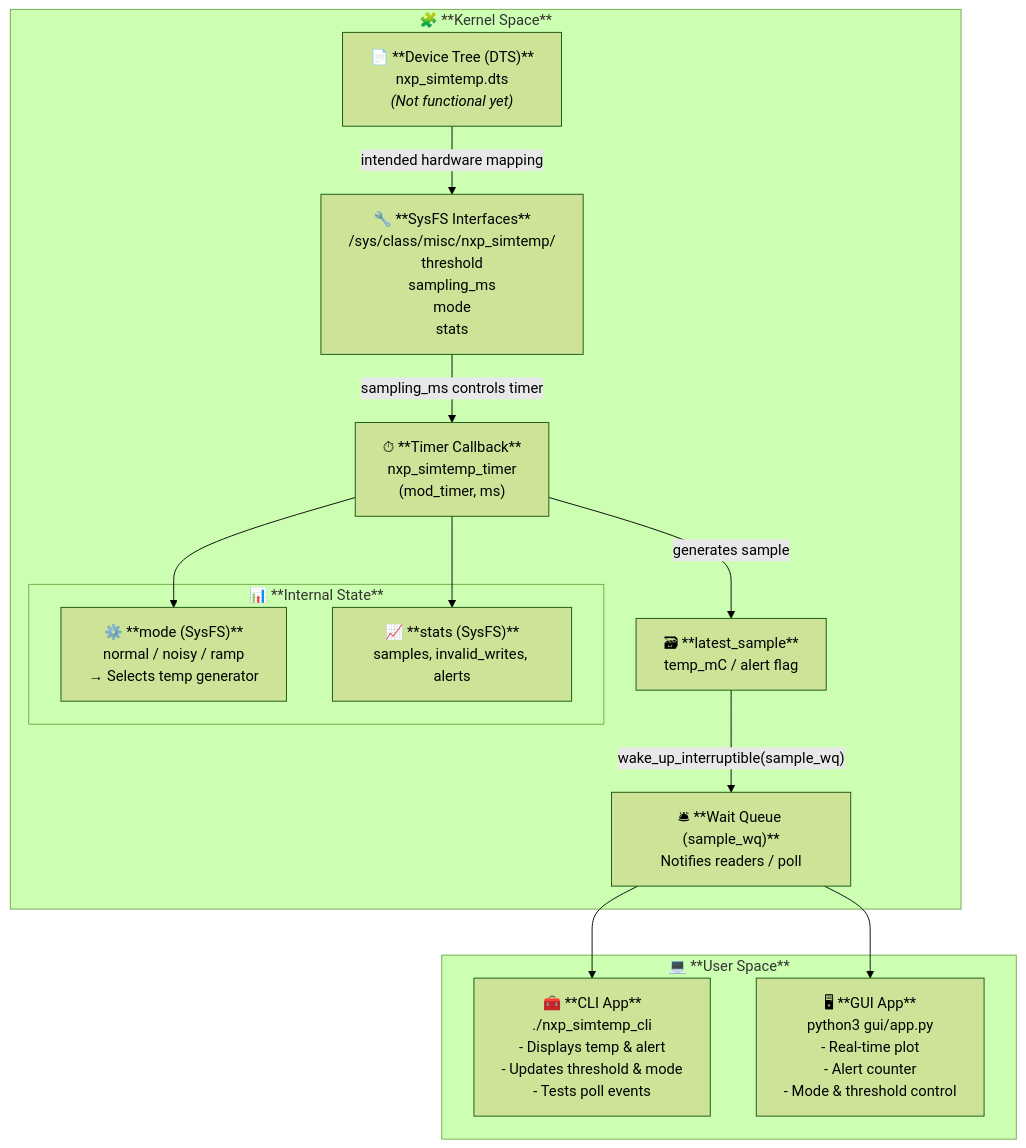
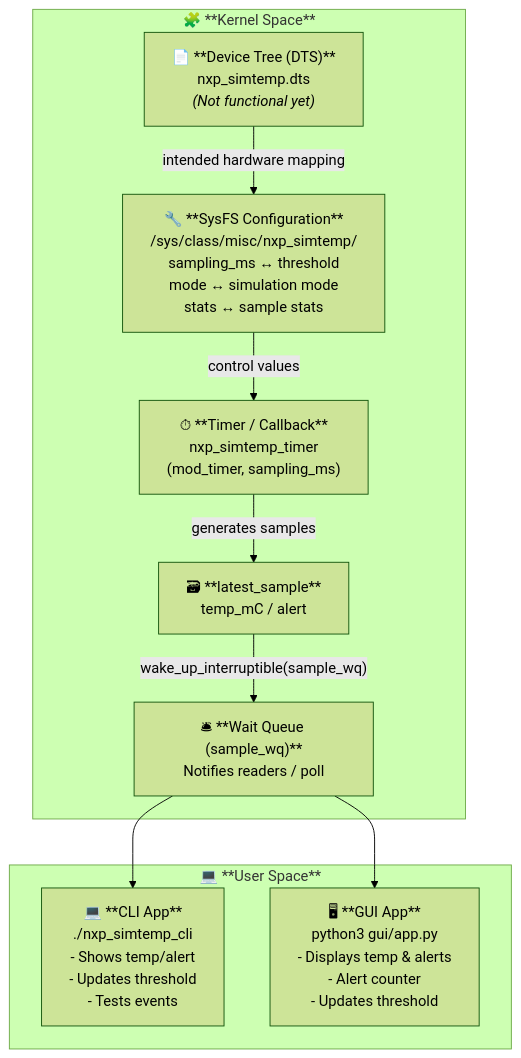
Before and after one commit to DarioGarciaPr/NXP_simtemp: the first of 2 diagrams in docs/DESIGN.md, drawn with Mermaid (forest theme). The commit also changed other lines of this file, not shown here.

````diff
--- a/docs/DESIGN.md
+++ b/docs/DESIGN.md
@@ -7,36 +7,26 @@
 ```mermaid
 flowchart TD
     subgraph Kernel_Space["🧩 **Kernel Space**"]
         F["📄 **Device Tree (DTS)**<br>nxp_simtemp.dts<br><i>(Not functional yet)</i>"] 
-            -->|intended hardware mapping| A["🔧 **SysFS Interfaces**<br>/sys/class/misc/nxp_simtemp/<br>threshold<br>sampling_ms<br>mode<br>stats"]
+            -->|intended hardware mapping| A["🔧 **SysFS Configuration**<br>/sys/class/misc/nxp_simtemp/<br>sampling_ms ↔ threshold<br>mode ↔ simulation mode<br>stats ↔ sample stats"]
 
-        A -->|sampling_ms controls timer| B["⏱ **Timer Callback**<br>nxp_simtemp_timer<br>(mod_timer, ms)"]
-        B -->|generates sample| C["🗃 **latest_sample**<br>temp_mC / alert flag"]
+        A -->|control values| B["⏱ **Timer / Callback**<br>nxp_simtemp_timer<br>(mod_timer, sampling_ms)"]
+        B -->|"generates samples"| C["🗃 **latest_sample**<br>temp_mC / alert"]
         C -->|"wake_up_interruptible(sample_wq)"| D["🛎 **Wait Queue (sample_wq)**<br>Notifies readers / poll"]
-
-        subgraph Extra_Features["📊 **Internal State**"]
-            M["⚙️ **mode (SysFS)**<br>normal / noisy / ramp<br>→ Selects temp generator"]
-            S["📈 **stats (SysFS)**<br>samples, invalid_writes, alerts"]
-        end
-
-        B --> M
-        B --> S
     end
 
     subgraph User_Space["💻 **User Space**"]
-        D --> E1["🧰 **CLI App**<br>./nxp_simtemp_cli<br>- Displays temp & alert<br>- Updates threshold & mode<br>- Tests poll events"]
-        D --> E2["🖥 **GUI App**<br>python3 gui/app.py<br>- Real-time plot<br>- Alert counter<br>- Mode & threshold control"]
+        D --> E1["💻 **CLI App**<br>./nxp_simtemp_cli<br>- Shows temp/alert<br>- Updates threshold<br>- Tests events"]
+        D --> E2["🖥 **GUI App**<br>python3 gui/app.py<br>- Displays temp & alerts<br>- Alert counter<br>- Updates threshold<br>"]
     end
 
+    %% Assign classes
     class F dts;
     class A sysfs;
     class B timer;
     class C sample;
     class D queue;
-    class M mode;
-    class S stats;
     class E1,E2 app;
     class Kernel_Space kernelSpace;
     class User_Space userSpace;
-
 ```
````
